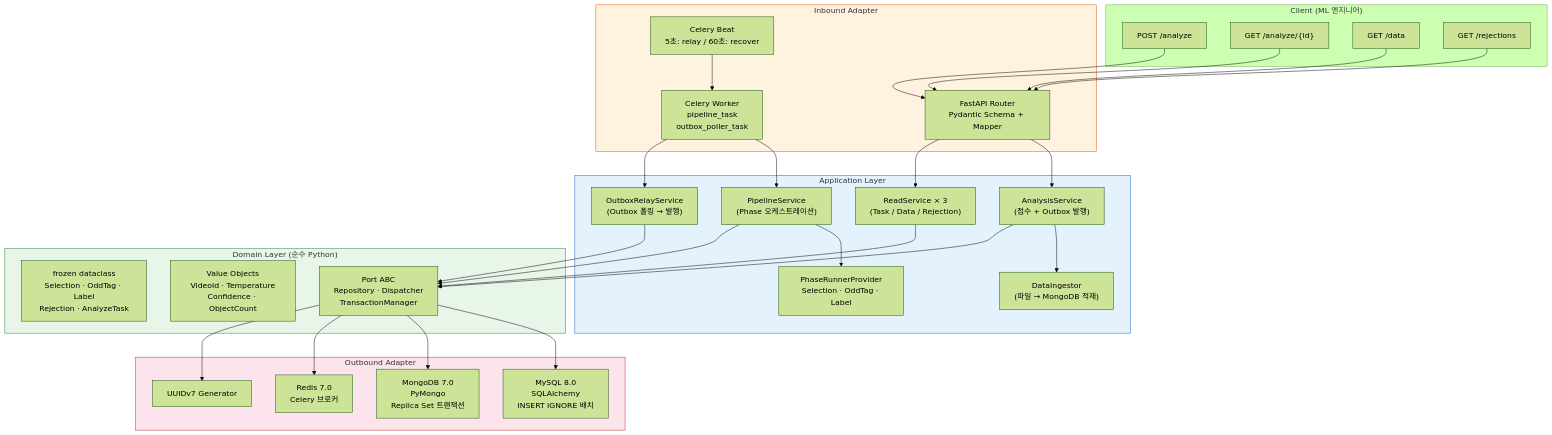
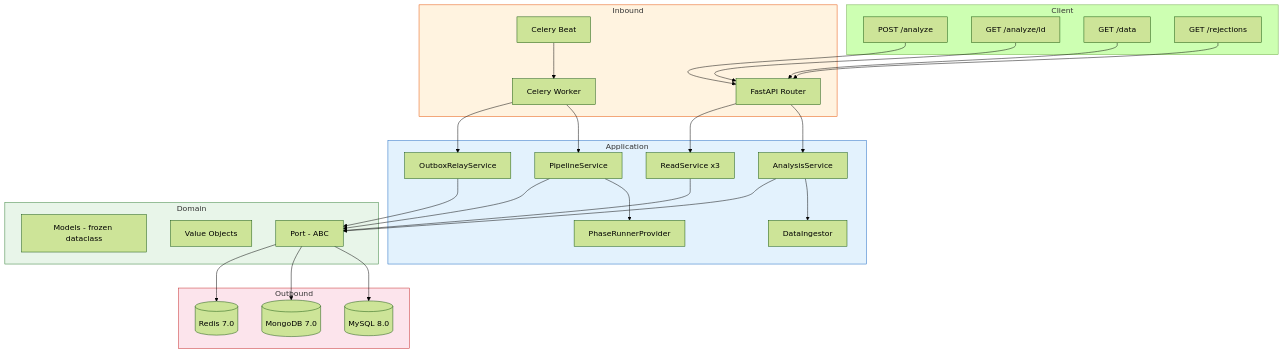
The first of 8 diagrams in docs/architecture.md (ryu-qqq/pipeline-server), drawn with Mermaid (forest theme) before and after one commit. The commit also changed other lines of this file and 10 other files, not shown here.

````diff
--- a/docs/architecture.md
+++ b/docs/architecture.md
@@ -35,51 +35,50 @@
 ```mermaid
 graph TB
-    subgraph Client["Client (ML 엔지니어)"]
-        C1["POST /analyze"]
-        C2["GET /analyze/{id}"]
-        C3["GET /data"]
-        C4["GET /rejections"]
+    subgraph Client
+        C1[POST /analyze]
+        C2[GET /analyze/id]
+        C3[GET /data]
+        C4[GET /rejections]
     end
 
-    subgraph Inbound["Inbound Adapter"]
-        REST["FastAPI Router<br/>Pydantic Schema + Mapper"]
-        Worker["Celery Worker<br/>pipeline_task<br/>outbox_poller_task"]
-        Beat["Celery Beat<br/>5초: relay / 60초: recover"]
+    subgraph Inbound
+        REST[FastAPI Router]
+        Worker[Celery Worker]
+        Beat[Celery Beat]
     end
 
-    subgraph App["Application Layer"]
-        AS["AnalysisService<br/>(접수 + Outbox 발행)"]
-        PS["PipelineService<br/>(Phase 오케스트레이션)"]
-        ORS["OutboxRelayService<br/>(Outbox 폴링 → 발행)"]
-        QS["ReadService × 3<br/>(Task / Data / Rejection)"]
-        PR["PhaseRunnerProvider<br/>Selection · OddTag · Label"]
-        DI["DataIngestor<br/>(파일 → MongoDB 적재)"]
+    subgraph Application
+        AS[AnalysisService]
+        PS[PipelineService]
+        ORS[OutboxRelayService]
+        QS[ReadService x3]
+        PR[PhaseRunnerProvider]
+        DI[DataIngestor]
     end
 
-    subgraph Domain["Domain Layer (순수 Python)"]
-        M["frozen dataclass<br/>Selection · OddTag · Label<br/>Rejection · AnalyzeTask"]
-        VO["Value Objects<br/>VideoId · Temperature<br/>Confidence · ObjectCount"]
-        P["Port ABC<br/>Repository · Dispatcher<br/>TransactionManager"]
+    subgraph Domain
+        M[Models - frozen dataclass]
+        VO[Value Objects]
+        P[Port - ABC]
     end
 
-    subgraph Outbound["Outbound Adapter"]
-        MySQL["MySQL 8.0<br/>SQLAlchemy<br/>INSERT IGNORE 배치"]
-        Mongo["MongoDB 7.0<br/>PyMongo<br/>Replica Set 트랜잭션"]
-        Redis["Redis 7.0<br/>Celery 브로커"]
-        ID["UUIDv7 Generator"]
+    subgraph Outbound
+        MySQL[(MySQL 8.0)]
+        Mongo[(MongoDB 7.0)]
+        Redis[(Redis 7.0)]
     end
 
     C1 & C2 & C3 & C4 --> REST
     Beat --> Worker
     REST --> AS & QS
     Worker --> PS & ORS
     AS --> DI
     PS --> PR
     AS & PS & ORS & QS --> P
-    P --> MySQL & Mongo & Redis & ID
+    P --> MySQL & Mongo & Redis
 
     style Domain fill:#e8f5e9,stroke:#2e7d32
-    style App fill:#e3f2fd,stroke:#1565c0
+    style Application fill:#e3f2fd,stroke:#1565c0
     style Inbound fill:#fff3e0,stroke:#e65100
     style Outbound fill:#fce4ec,stroke:#c62828
 ```
````
